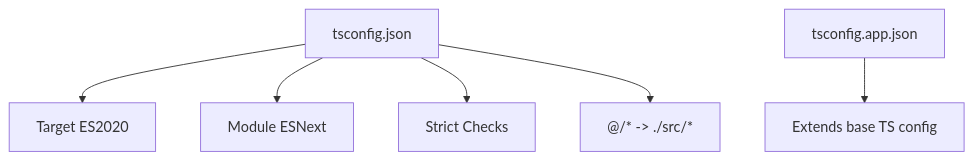
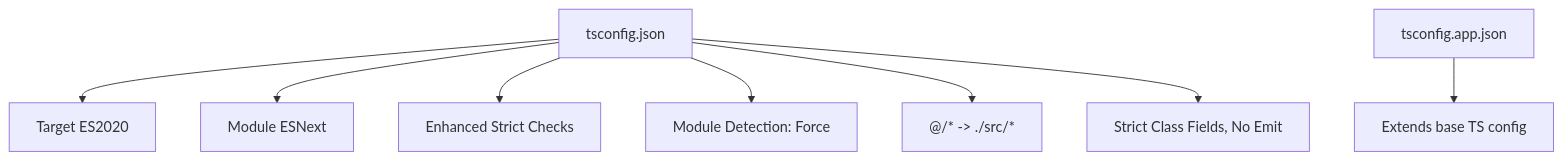
The fourth of 11 diagrams in .qoder/repowiki/en/content/Frontend Application/Build System.md (v0lka/c0wrk), drawn with Mermaid before and after one commit. The commit also changed other lines of this file and 13 other files, not shown here.

````diff
--- a/.qoder/repowiki/en/content/Frontend Application/Build System.md
+++ b/.qoder/repowiki/en/content/Frontend Application/Build System.md
@@ -190,8 +226,10 @@
 ```mermaid
 flowchart TD
 TSConf["tsconfig.json"] --> Target["Target ES2020"]
 TSConf --> Modules["Module ESNext"]
-TSConf --> Strict["Strict Checks"]
+TSConf --> Strict["Enhanced Strict Checks"]
+TSConf --> ModuleDetection["Module Detection: Force"]
 TSConf --> Paths["@/* -> ./src/*"]
+TSConf --> StrictOptions["Strict Class Fields, No Emit"]
 AppTS["tsconfig.app.json"] --> Extends["Extends base TS config"]
 ```
````
